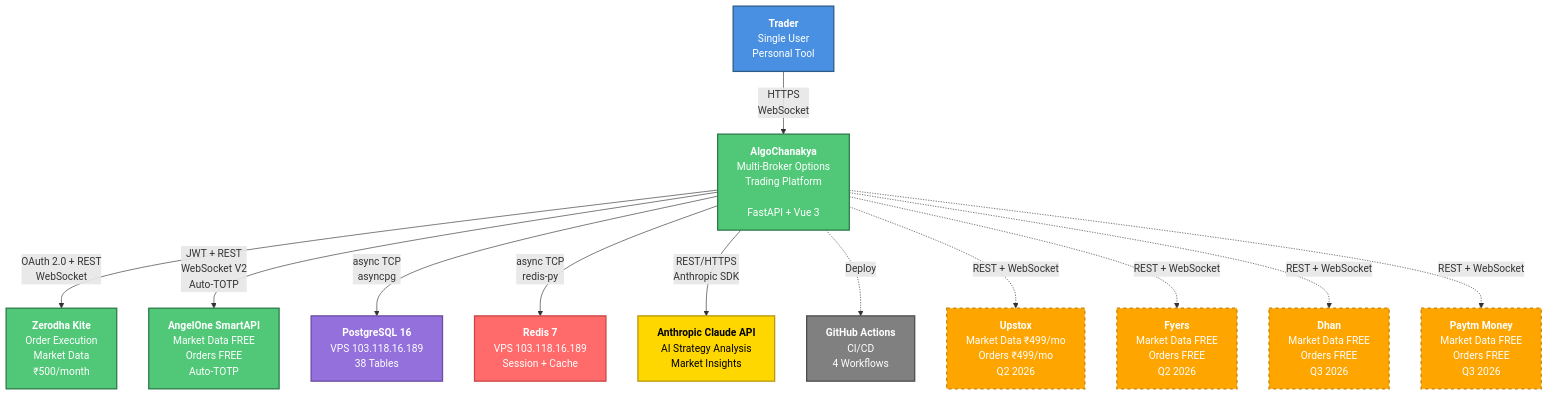
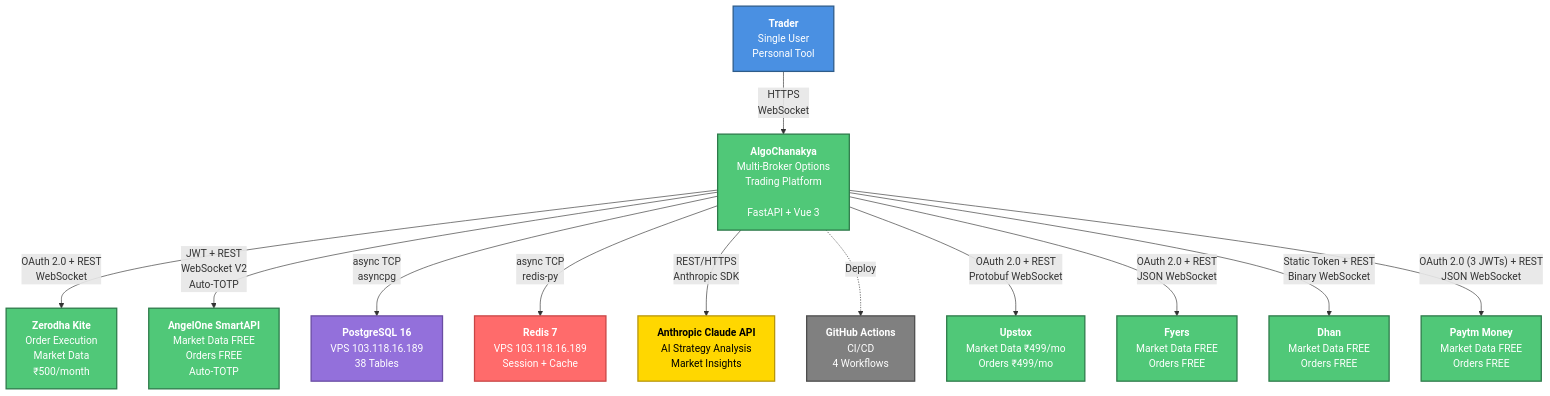
Before and after one commit to abhayla/algochanakya: the diagram in docs/architecture/context-diagram.md, drawn with Mermaid. The commit also changed other lines of this file and 3 other files, not shown here.

First line of the commit message:
docs(architecture): update 4 docs to reflect all 6 brokers fully implemented

````diff
--- a/docs/architecture/context-diagram.md
+++ b/docs/architecture/context-diagram.md
@@ -11,64 +11,62 @@
 ```mermaid
 flowchart TB
     %% Styling
     classDef user fill:#4A90E2,stroke:#2E5C8A,stroke-width:2px,color:#fff
     classDef system fill:#50C878,stroke:#2D7A4A,stroke-width:2px,color:#fff
-    classDef planned fill:#FFA500,stroke:#CC8400,stroke-width:2px,color:#fff,stroke-dasharray: 5 5
     classDef database fill:#9370DB,stroke:#6A4CA3,stroke-width:2px,color:#fff
     classDef cache fill:#FF6B6B,stroke:#C94545,stroke-width:2px,color:#fff
     classDef ai fill:#FFD700,stroke:#B8960A,stroke-width:2px,color:#000
     classDef cicd fill:#808080,stroke:#4D4D4D,stroke-width:2px,color:#fff
 
     %% Core System
     AlgoChanakya["<b>AlgoChanakya</b><br/>Multi-Broker Options<br/>Trading Platform<br/><br/>FastAPI + Vue 3"]
 
     %% Users
     Trader["<b>Trader</b><br/>Single User<br/>Personal Tool"]
 
     %% Production External Systems
     Zerodha["<b>Zerodha Kite</b><br/>Order Execution<br/>Market Data<br/>₹500/month"]
     SmartAPI["<b>AngelOne SmartAPI</b><br/>Market Data FREE<br/>Orders FREE<br/>Auto-TOTP"]
     PostgreSQL["<b>PostgreSQL 16</b><br/>VPS 103.118.16.189<br/>38 Tables"]
     Redis["<b>Redis 7</b><br/>VPS 103.118.16.189<br/>Session + Cache"]
     Claude["<b>Anthropic Claude API</b><br/>AI Strategy Analysis<br/>Market Insights"]
     GitHub["<b>GitHub Actions</b><br/>CI/CD<br/>4 Workflows"]
 
-    %% Planned External Systems
-    Upstox["<b>Upstox</b><br/>Market Data ₹499/mo<br/>Orders ₹499/mo<br/>Q2 2026"]
-    Fyers["<b>Fyers</b><br/>Market Data FREE<br/>Orders FREE<br/>Q2 2026"]
-    Dhan["<b>Dhan</b><br/>Market Data FREE<br/>Orders FREE<br/>Q3 2026"]
-    Paytm["<b>Paytm Money</b><br/>Market Data FREE<br/>Orders FREE<br/>Q3 2026"]
+    %% Additional Production Brokers
+    Upstox["<b>Upstox</b><br/>Market Data ₹499/mo<br/>Orders ₹499/mo"]
+    Fyers["<b>Fyers</b><br/>Market Data FREE<br/>Orders FREE"]
+    Dhan["<b>Dhan</b><br/>Market Data FREE<br/>Orders FREE"]
+    Paytm["<b>Paytm Money</b><br/>Market Data FREE<br/>Orders FREE"]
 
     %% User Connections
     Trader -->|"HTTPS<br/>WebSocket"| AlgoChanakya
 
     %% Production Broker Connections
     AlgoChanakya -->|"OAuth 2.0 + REST<br/>WebSocket"| Zerodha
     AlgoChanakya -->|"JWT + REST<br/>WebSocket V2<br/>Auto-TOTP"| SmartAPI
 
     %% Database Connections
     AlgoChanakya -->|"async TCP<br/>asyncpg"| PostgreSQL
     AlgoChanakya -->|"async TCP<br/>redis-py"| Redis
 
     %% AI Integration
     AlgoChanakya -->|"REST/HTTPS<br/>Anthropic SDK"| Claude
 
     %% CI/CD
     AlgoChanakya -.->|"Deploy"| GitHub
 
-    %% Planned Broker Connections
-    AlgoChanakya -.->|"REST + WebSocket"| Upstox
-    AlgoChanakya -.->|"REST + WebSocket"| Fyers
-    AlgoChanakya -.->|"REST + WebSocket"| Dhan
-    AlgoChanakya -.->|"REST + WebSocket"| Paytm
+    %% Additional Broker Connections
+    AlgoChanakya -->|"OAuth 2.0 + REST<br/>Protobuf WebSocket"| Upstox
+    AlgoChanakya -->|"OAuth 2.0 + REST<br/>JSON WebSocket"| Fyers
+    AlgoChanakya -->|"Static Token + REST<br/>Binary WebSocket"| Dhan
+    AlgoChanakya -->|"OAuth 2.0 (3 JWTs) + REST<br/>JSON WebSocket"| Paytm
 
     %% Apply Styles
     class Trader user
     class AlgoChanakya system
-    class Zerodha,SmartAPI system
+    class Zerodha,SmartAPI,Upstox,Fyers,Dhan,Paytm system
     class PostgreSQL database
     class Redis cache
     class Claude ai
     class GitHub cicd
-    class Upstox,Fyers,Dhan,Paytm planned
 ```
````
